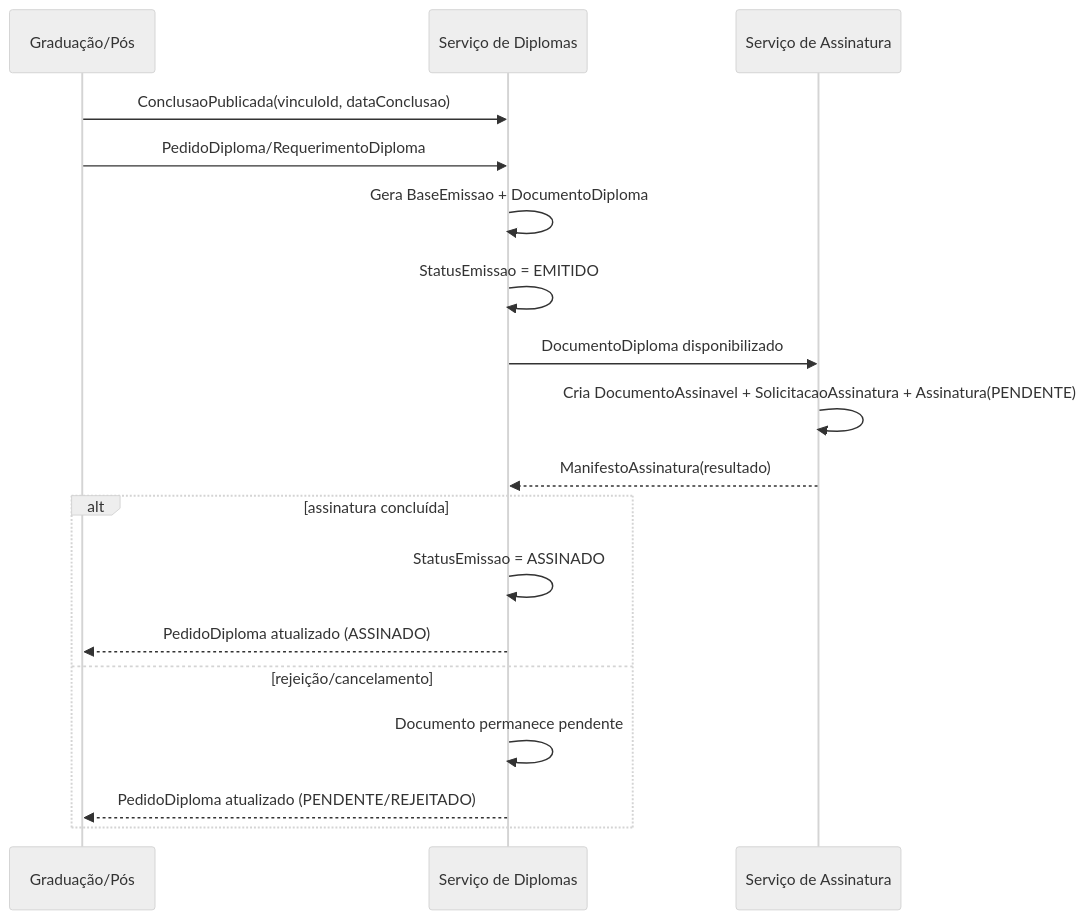
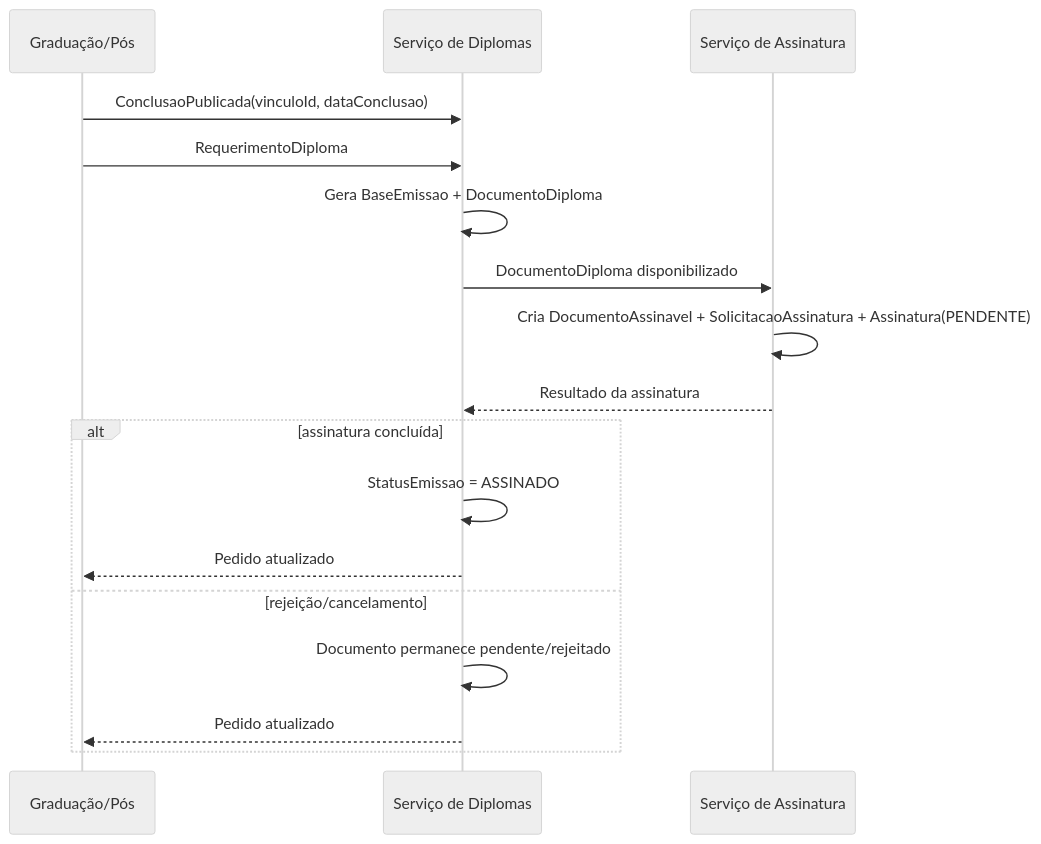
Before and after one commit to ydirickson/TCC-MBAEsalq: the second of 3 diagrams in planejamento/regras-replicacao.md, drawn with Mermaid (neutral theme). The commit also changed other lines of this file and 5 other files, not shown here.

````diff
--- a/planejamento/regras-replicacao.md
+++ b/planejamento/regras-replicacao.md
@@ -77,22 +134,21 @@
 ```mermaid
 sequenceDiagram
   participant Origem as Graduação/Pós
   participant Diplomas as Serviço de Diplomas
   participant Assinatura as Serviço de Assinatura
 
   Origem->>Diplomas: ConclusaoPublicada(vinculoId, dataConclusao)
-  Origem->>Diplomas: PedidoDiploma/RequerimentoDiploma
+  Origem->>Diplomas: RequerimentoDiploma
   Diplomas->>Diplomas: Gera BaseEmissao + DocumentoDiploma
-  Diplomas->>Diplomas: StatusEmissao = EMITIDO
   Diplomas->>Assinatura: DocumentoDiploma disponibilizado
   Assinatura->>Assinatura: Cria DocumentoAssinavel + SolicitacaoAssinatura + Assinatura(PENDENTE)
-  Assinatura-->>Diplomas: ManifestoAssinatura(resultado)
+  Assinatura-->>Diplomas: Resultado da assinatura
 
   alt assinatura concluída
     Diplomas->>Diplomas: StatusEmissao = ASSINADO
-    Diplomas-->>Origem: PedidoDiploma atualizado (ASSINADO)
+    Diplomas-->>Origem: Pedido atualizado
   else rejeição/cancelamento
-    Diplomas->>Diplomas: Documento permanece pendente
-    Diplomas-->>Origem: PedidoDiploma atualizado (PENDENTE/REJEITADO)
+    Diplomas->>Diplomas: Documento permanece pendente/rejeitado
+    Diplomas-->>Origem: Pedido atualizado
   end
 ```
````
